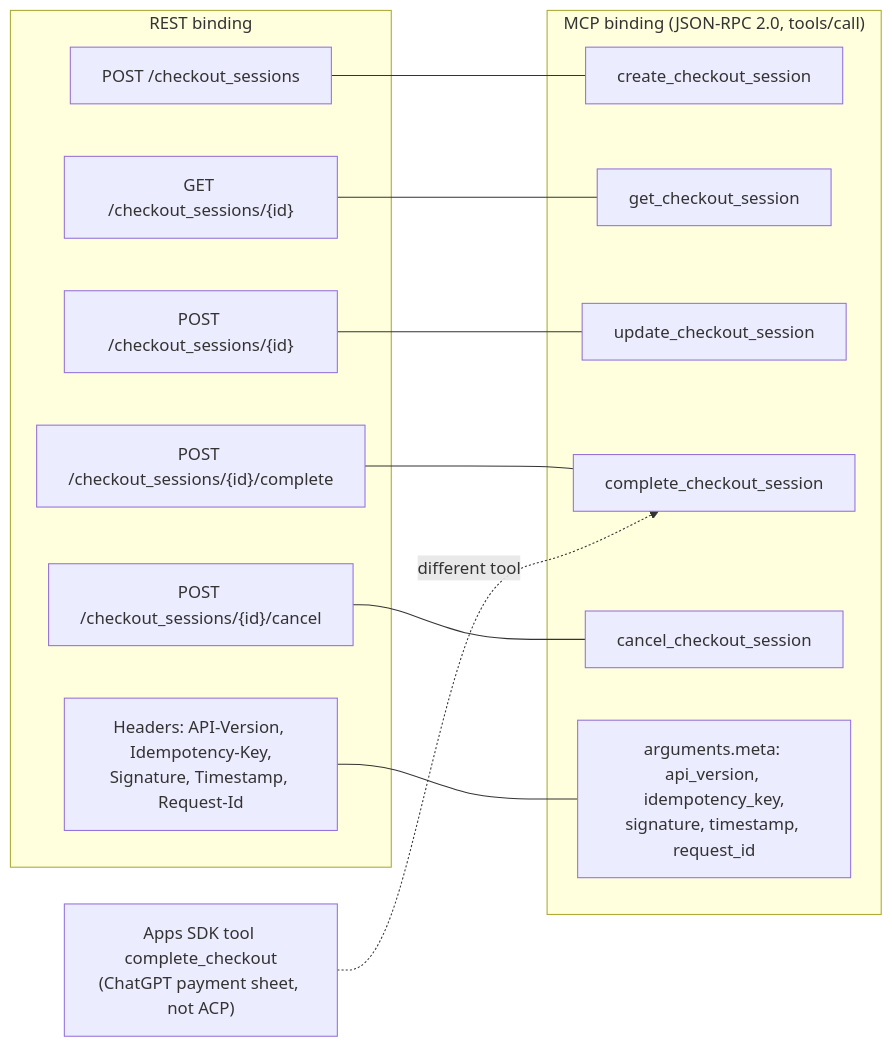
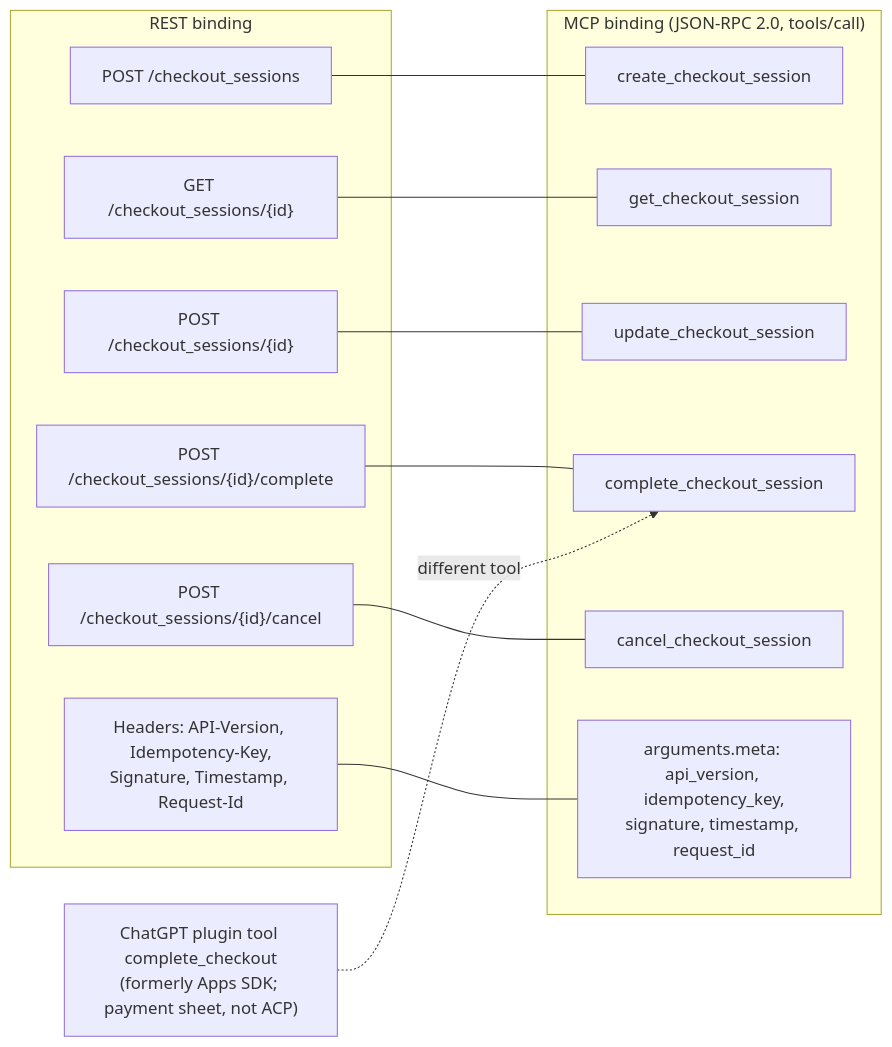
The diagram in src/content/diagrams/openai-acp-mcp-tool-mapping.mmd (mercesAI/agentic-rails-atlas), drawn with Mermaid before and after one commit. The commit also changed 68 other files, not shown here.

```diff
--- a/src/content/diagrams/openai-acp-mcp-tool-mapping.mmd
+++ b/src/content/diagrams/openai-acp-mcp-tool-mapping.mmd
@@ -1,24 +1,24 @@
 flowchart LR
   subgraph REST["REST binding"]
     R1["POST /checkout_sessions"]
     R2["GET /checkout_sessions/{id}"]
     R3["POST /checkout_sessions/{id}"]
     R4["POST /checkout_sessions/{id}/complete"]
     R5["POST /checkout_sessions/{id}/cancel"]
     H["Headers: API-Version, Idempotency-Key,<br/>Signature, Timestamp, Request-Id"]
   end
   subgraph MCP["MCP binding (JSON-RPC 2.0, tools/call)"]
     T1["create_checkout_session"]
     T2["get_checkout_session"]
     T3["update_checkout_session"]
     T4["complete_checkout_session"]
     T5["cancel_checkout_session"]
     MT["arguments.meta: api_version, idempotency_key,<br/>signature, timestamp, request_id"]
   end
   R1 --- T1
   R2 --- T2
   R3 --- T3
   R4 --- T4
   R5 --- T5
   H --- MT
-  AS["Apps SDK tool complete_checkout<br/>(ChatGPT payment sheet, not ACP)"] -. "different tool" .-> T4
+  AS["ChatGPT plugin tool complete_checkout<br/>(formerly Apps SDK; payment sheet, not ACP)"] -. "different tool" .-> T4
```
